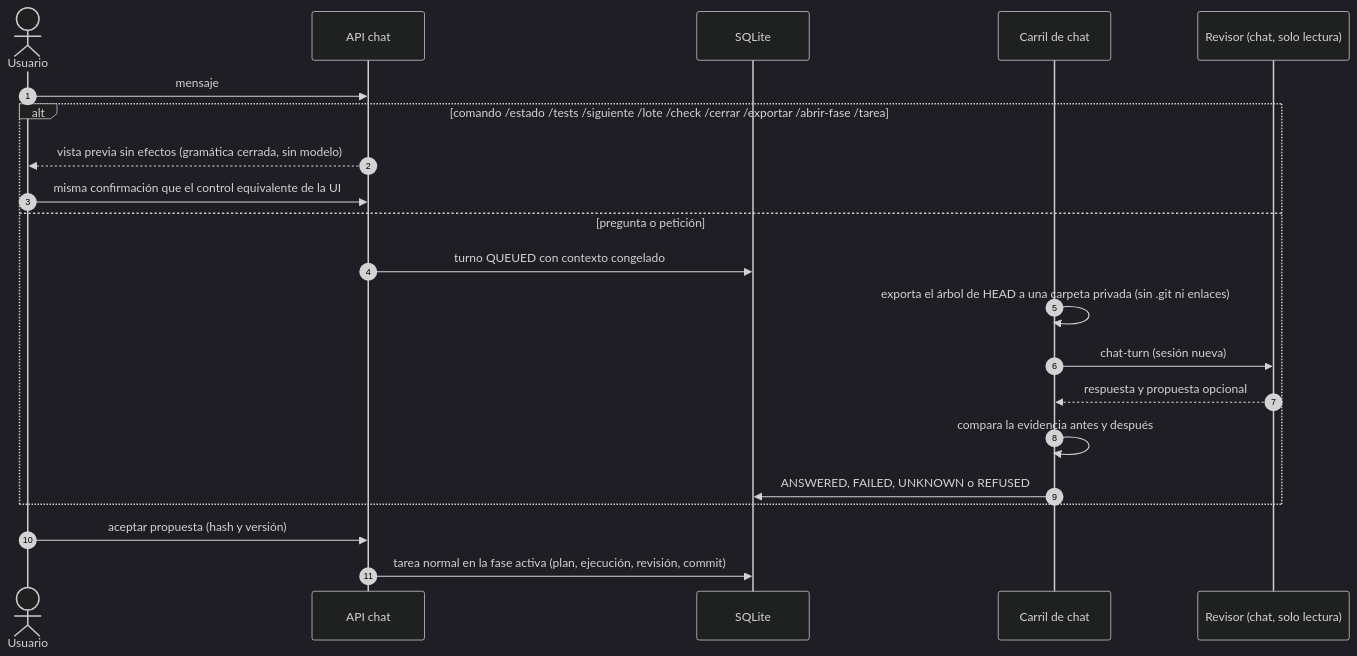
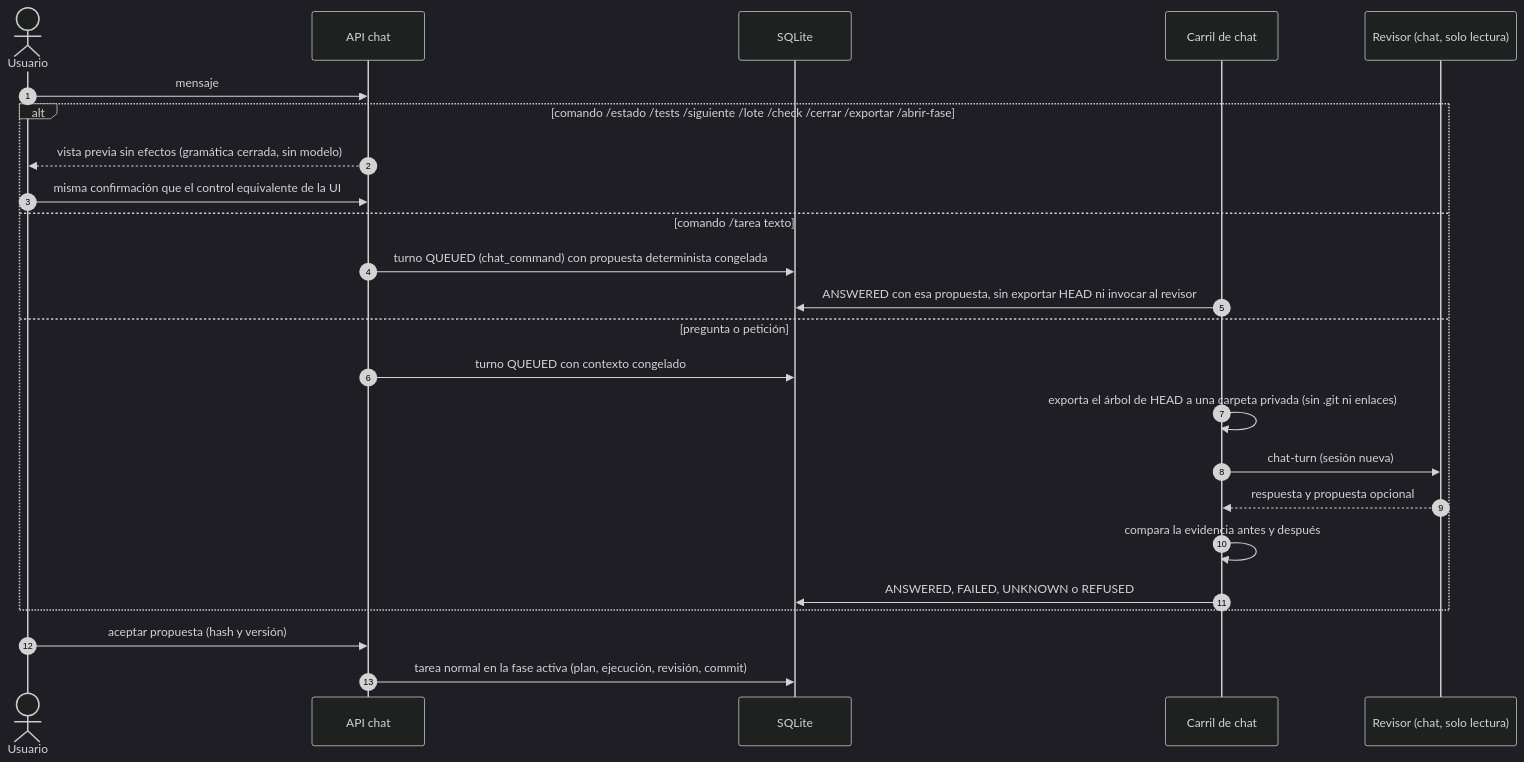
Before and after one commit to AcostaDDev/my-harness-archive: the diagram in docs/flows/chat.md, drawn with Mermaid (dark theme). The commit also changed other lines of this file and 23 other files, not shown here.

First line of the commit message:
docs: complete P011-T013 semantic audit of diagrams and flows

````diff
--- a/docs/flows/chat.md
+++ b/docs/flows/chat.md
@@ -6,23 +6,26 @@
 ```mermaid
 sequenceDiagram
     autonumber
     actor U as Usuario
     participant API as API chat
     participant DB as SQLite
     participant L as Carril de chat
     participant R as Revisor (chat, solo lectura)
     U->>API: mensaje
-    alt comando /estado /tests /siguiente /lote /check /cerrar /exportar /abrir-fase /tarea
+    alt comando /estado /tests /siguiente /lote /check /cerrar /exportar /abrir-fase
         API-->>U: vista previa sin efectos (gramática cerrada, sin modelo)
         U->>API: misma confirmación que el control equivalente de la UI
+    else comando /tarea texto
+        API->>DB: turno QUEUED (chat_command) con propuesta determinista congelada
+        L->>DB: ANSWERED con esa propuesta, sin exportar HEAD ni invocar al revisor
     else pregunta o petición
         API->>DB: turno QUEUED con contexto congelado
         L->>L: exporta el árbol de HEAD a una carpeta privada (sin .git ni enlaces)
         L->>R: chat-turn (sesión nueva)
         R-->>L: respuesta y propuesta opcional
         L->>L: compara la evidencia antes y después
         L->>DB: ANSWERED, FAILED, UNKNOWN o REFUSED
     end
     U->>API: aceptar propuesta (hash y versión)
     API->>DB: tarea normal en la fase activa (plan, ejecución, revisión, commit)
 ```
````
